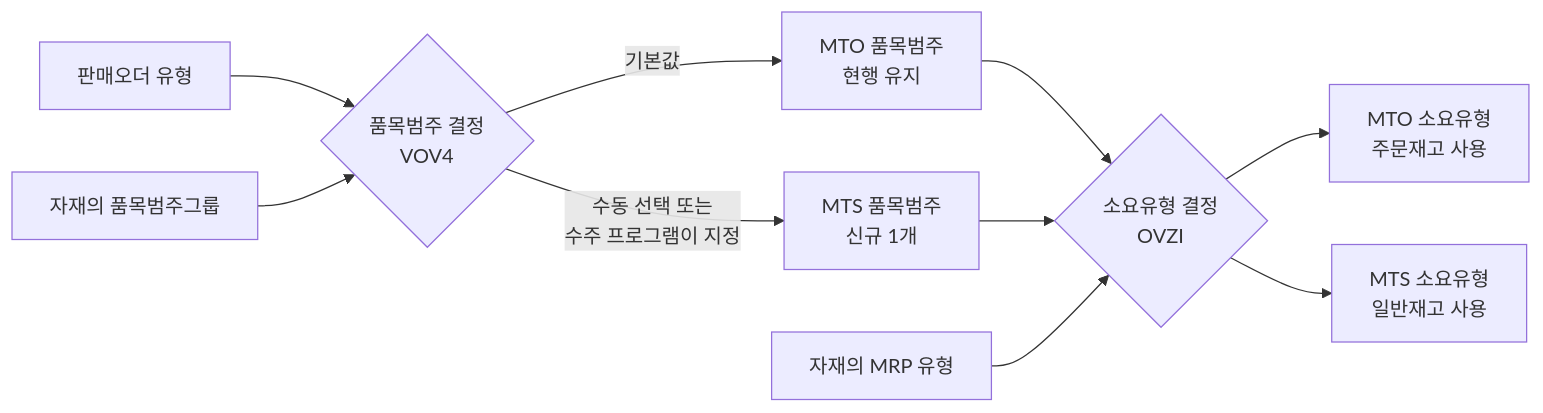
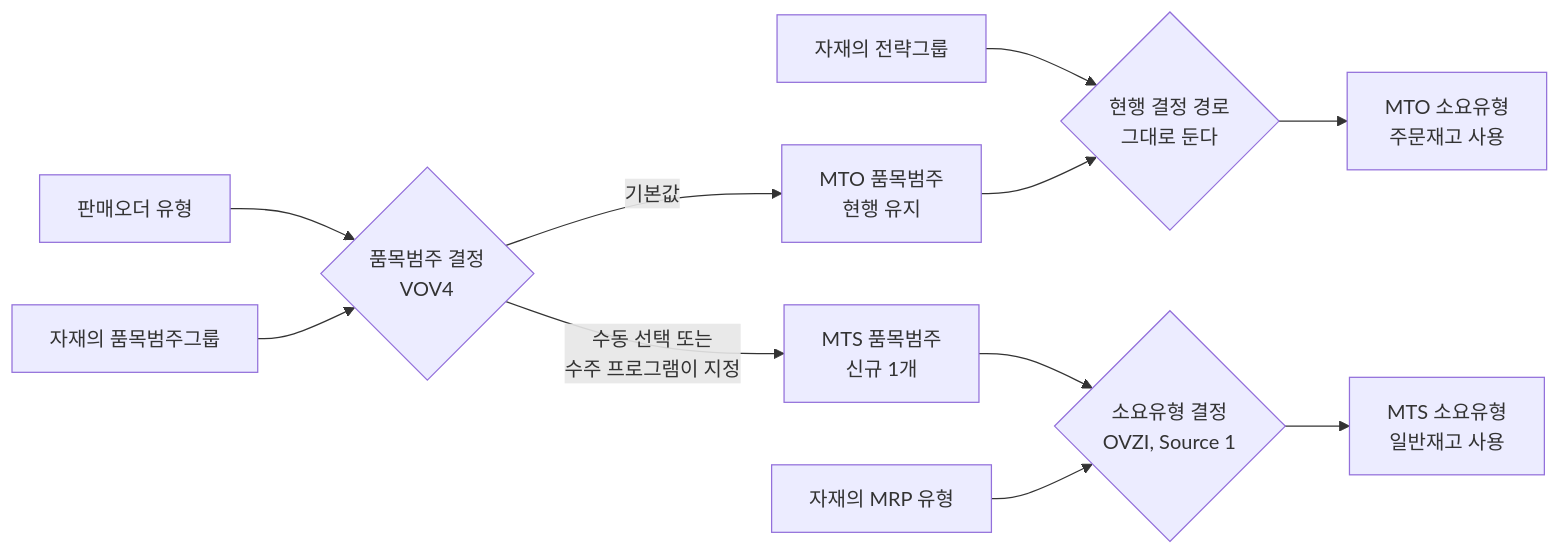
The first of 4 diagrams in docs/mto-mts-03-sap-config-conversion.md (donseok/mes-to-be-doc), drawn with Mermaid before and after one commit. The commit also changed other lines of this file and 6 other files, not shown here.

````diff
--- a/docs/mto-mts-03-sap-config-conversion.md
+++ b/docs/mto-mts-03-sap-config-conversion.md
@@ -40,12 +40,13 @@
 ```mermaid
 flowchart LR
   OT["판매오더 유형"] --> ICD{"품목범주 결정<br/>VOV4"}
   ICG["자재의 품목범주그룹"] --> ICD
   ICD -->|"기본값"| MTOIC["MTO 품목범주<br/>현행 유지"]
   ICD -->|"수동 선택 또는<br/>수주 프로그램이 지정"| MTSIC["MTS 품목범주<br/>신규 1개"]
-  MTOIC --> OVZI{"소요유형 결정<br/>OVZI"}
-  MTSIC --> OVZI
+  SG["자재의 전략그룹"] --> CUR{"현행 결정 경로<br/>그대로 둔다"}
+  MTOIC --> CUR
+  CUR --> KE["MTO 소요유형<br/>주문재고 사용"]
+  MTSIC --> OVZI{"소요유형 결정<br/>OVZI, Source 1"}
   MRPT["자재의 MRP 유형"] --> OVZI
-  OVZI --> KE["MTO 소요유형<br/>주문재고 사용"]
   OVZI --> KSV["MTS 소요유형<br/>일반재고 사용"]
 ```
````
